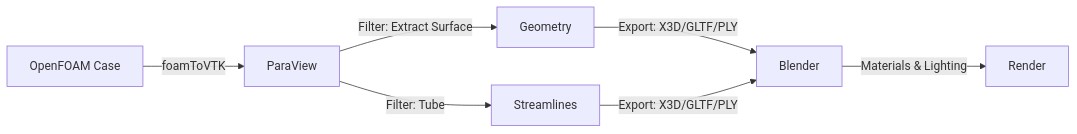
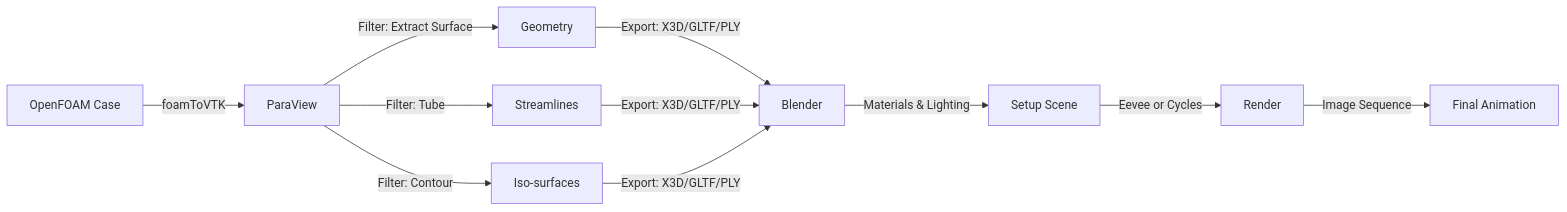
The second of 2 diagrams in MODULE_07_UTILITIES_AUTOMATION/CONTENT/04_ADVANCED_VISUALIZATION/03_Blender_Rendering.md (wramet/build-my-cfd), drawn with Mermaid before and after one commit. The commit also changed other lines of this file and 203 other files, not shown here.

````diff
--- a/MODULE_07_UTILITIES_AUTOMATION/CONTENT/04_ADVANCED_VISUALIZATION/03_Blender_Rendering.md
+++ b/MODULE_07_UTILITIES_AUTOMATION/CONTENT/04_ADVANCED_VISUALIZATION/03_Blender_Rendering.md
@@ -71,8 +110,11 @@
 ```mermaid
 flowchart LR
     A[OpenFOAM Case] -->|foamToVTK| B[ParaView]
     B -->|Filter: Extract Surface| C[Geometry]
     B -->|Filter: Tube| D[Streamlines]
-    C & D -->|Export: X3D/GLTF/PLY| E[Blender]
-    E -->|Materials & Lighting| F[Render]
+    B -->|Filter: Contour| E[Iso-surfaces]
+    C & D & E -->|Export: X3D/GLTF/PLY| F[Blender]
+    F -->|Materials & Lighting| G[Setup Scene]
+    G -->|Eevee or Cycles| H[Render]
+    H -->|Image Sequence| I[Final Animation]
 ```
````
